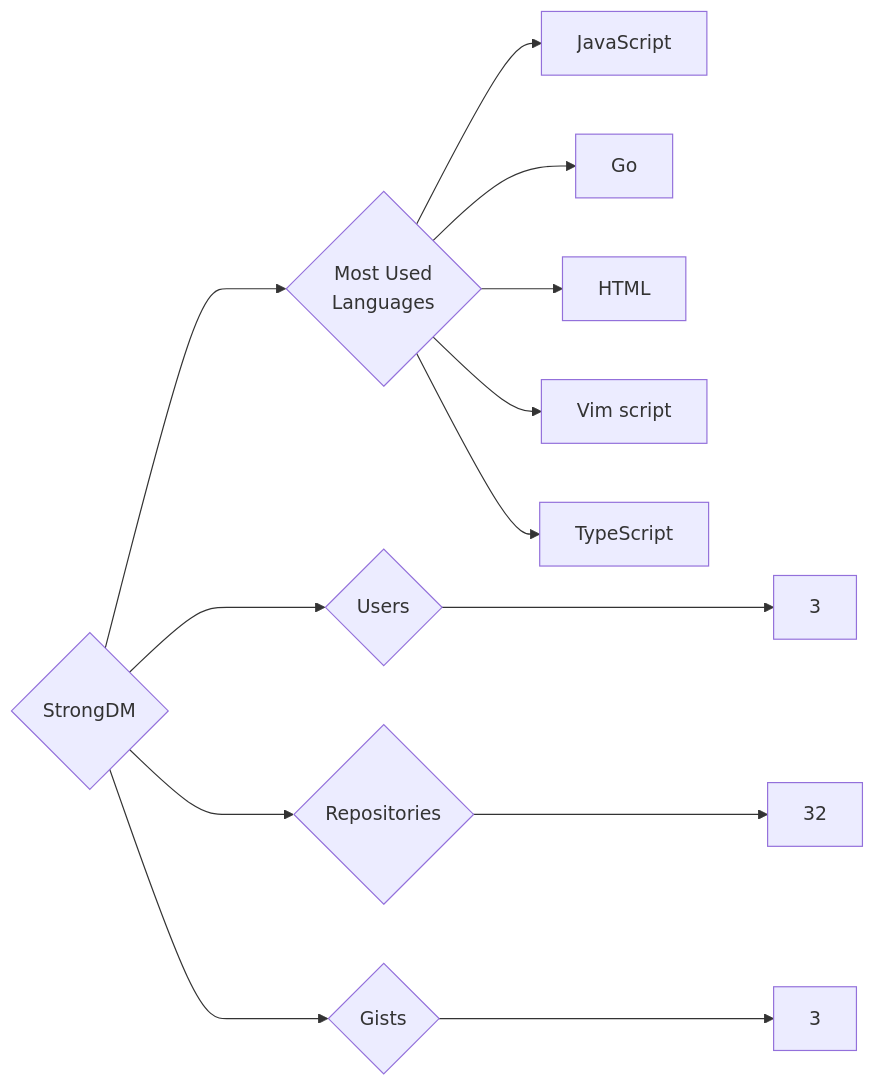
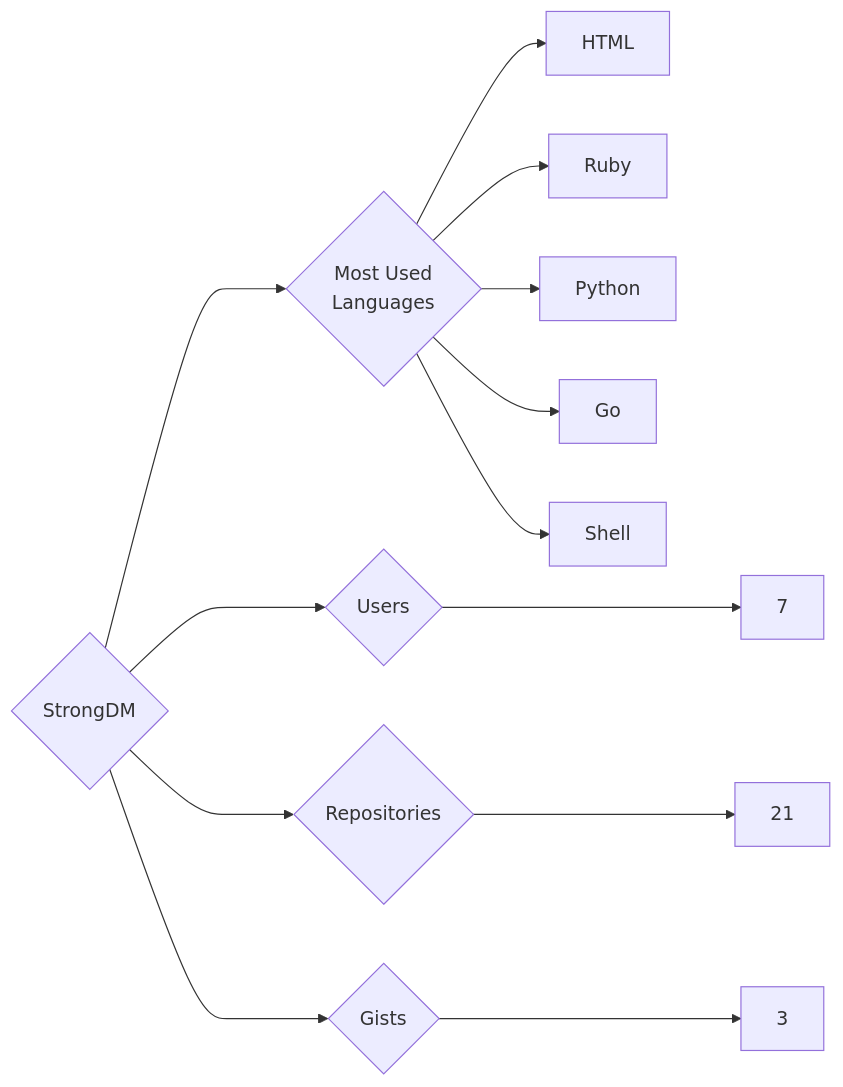
The diagram in targets/StrongDM/README.md (trickest/insiders), drawn with Mermaid before and after one commit. The commit also changed 920 other files, not shown here.

````diff
--- a/targets/StrongDM/README.md
+++ b/targets/StrongDM/README.md
@@ -3,13 +3,13 @@
 ```mermaid
 graph LR
 COMPANY_NAME{StrongDM}
-COMPANY_NAME ---> U{Users} ---> UN[3]
-COMPANY_NAME ---> R{Repositories} ---> RN[32]
+COMPANY_NAME ---> U{Users} ---> UN[7]
+COMPANY_NAME ---> R{Repositories} ---> RN[21]
 COMPANY_NAME ---> G{Gists} ---> GN[3]
 COMPANY_NAME ---> ML{Most Used<br>Languages}
-ML --> JavaScript[JavaScript]
+ML --> HTML[HTML]
+ML --> Ruby[Ruby]
+ML --> Python[Python]
 ML --> Go[Go]
-ML --> HTML[HTML]
-ML --> Vim_script[Vim script]
-ML --> TypeScript[TypeScript]
+ML --> Shell[Shell]
 ```
````
